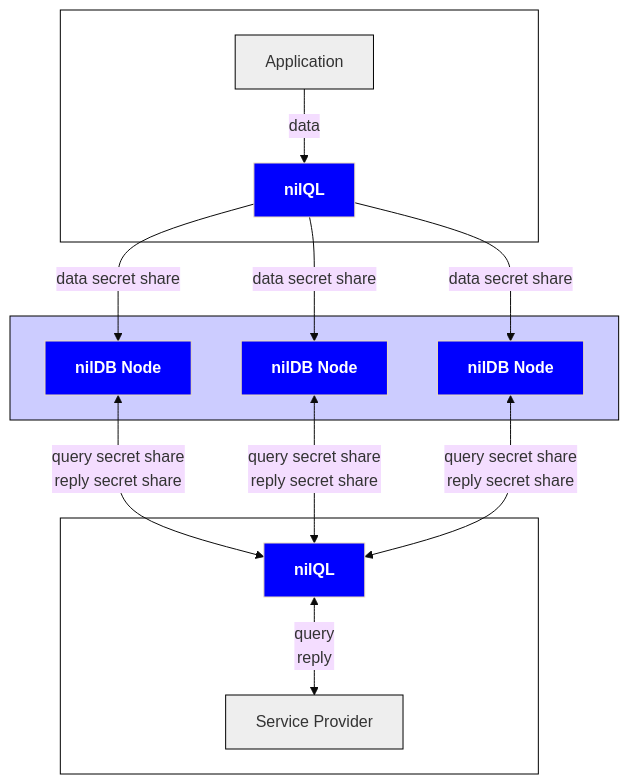
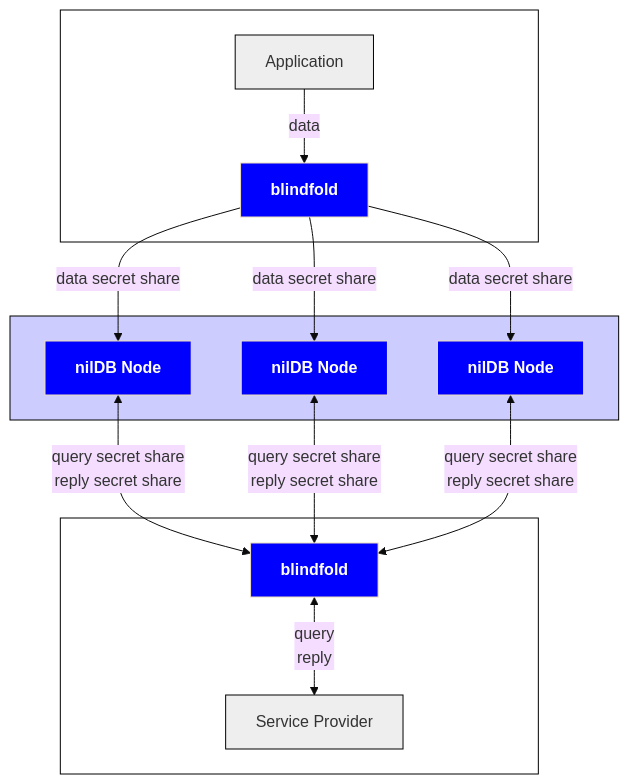
The first of 2 diagrams in docs/build/blind-modules.md (NillionNetwork/nillion-docs), drawn with Mermaid (base theme) before and after one commit. The commit also changed other lines of this file and 19 other files, not shown here.

````diff
--- a/docs/build/blind-modules.md
+++ b/docs/build/blind-modules.md
@@ -9,38 +9,38 @@
 ```mermaid
 graph TD
 
     subgraph CLIENT [" "]
     A
     NILQL0
     end
 
     subgraph NET [" "]
     X
     Y
     Z
     end
 
     subgraph SERVICE [" "]
     NILQL1
     R
     end
 
-    A[Application] -->|data| NILQL0[<b>nilQL</b>]
+    A[Application] -->|data| NILQL0[<b>blindfold</b>]
     NILQL0 -->|data secret share| X[<b>nilDB Node</b>]
     NILQL0 -->|data secret share| Y[<b>nilDB Node</b>]
     NILQL0 -->|data secret share| Z[<b>nilDB Node</b>]
-    X <-->|query secret share<br/>reply secret share| NILQL1[<b>nilQL</b>]
+    X <-->|query secret share<br/>reply secret share| NILQL1[<b>blindfold</b>]
     Y <-->|query secret share<br/>reply secret share| NILQL1
     Z <-->|query secret share<br/>reply secret share| NILQL1
     NILQL1 <-->|query<br/>reply| R[Service Provider]
     style A fill:#EEEEEE,stroke:#000000
     style NILQL0 fill:#0000FF,color:#FFFFFF
     style NILQL1 fill:#0000FF,color:#FFFFFF
     style X fill:#0000FF,color:#FFFFFF
     style Y fill:#0000FF,color:#FFFFFF
     style Z fill:#0000FF,color:#FFFFFF
     style CLIENT fill:#FFFFFF,stroke:#000000
     style NET fill:#CCCCFF,stroke:#000000
     style R fill:#EEEEEE,stroke:#000000
     style SERVICE fill:#FFFFFF,stroke:#000000
 ```
````
